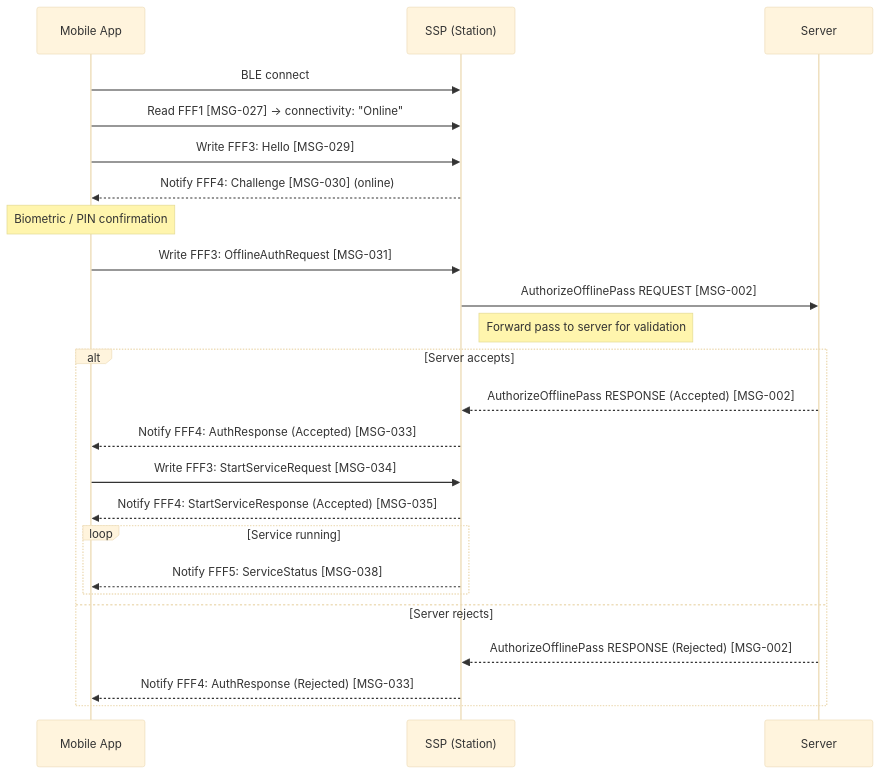
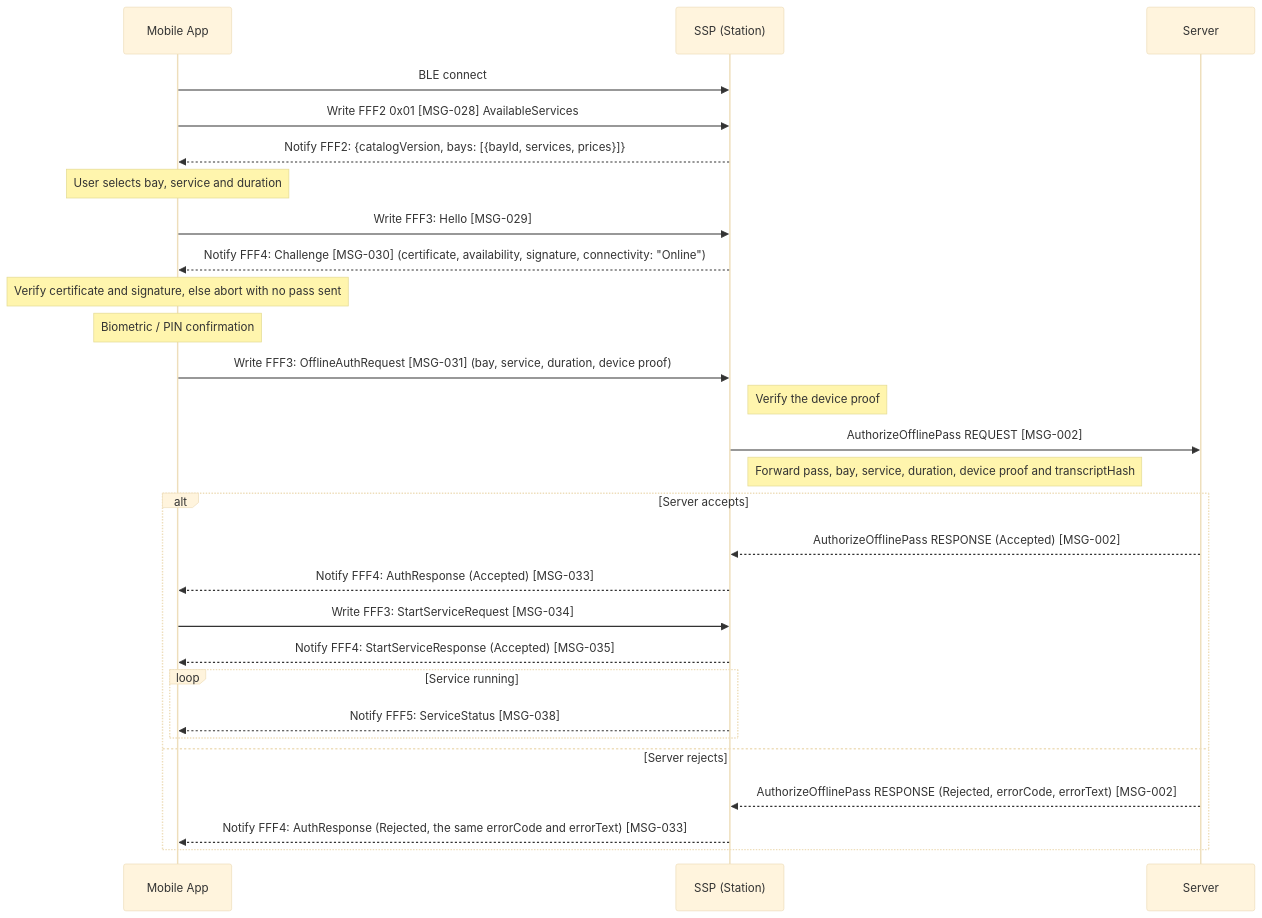
One commit to ospp-org/spec changed the seventh of 19 diagrams in spec/04-flows.md. Above: the diagram before and after it, drawn with Mermaid (base theme). The commit also changed other lines of this file and 183 other files, not shown here.

````diff
--- a/spec/04-flows.md
+++ b/spec/04-flows.md
@@ -938,33 +931,37 @@
 ```mermaid
 sequenceDiagram
     participant App as Mobile App
     participant SSP as SSP (Station)
     participant Server
 
     App->>SSP: BLE connect
-    App->>SSP: Read FFF1 [MSG-027] → connectivity: "Online"
+    App->>SSP: Write FFF2 0x01 [MSG-028] AvailableServices
+    SSP-->>App: Notify FFF2: {catalogVersion, bays: [{bayId, services, prices}]}
+    Note over App: User selects bay, service and duration
     App->>SSP: Write FFF3: Hello [MSG-029]
-    SSP-->>App: Notify FFF4: Challenge [MSG-030] (online)
+    SSP-->>App: Notify FFF4: Challenge [MSG-030] (certificate, availability, signature, connectivity: "Online")
+    Note over App: Verify certificate and signature, else abort with no pass sent
 
     Note over App: Biometric / PIN confirmation
 
-    App->>SSP: Write FFF3: OfflineAuthRequest [MSG-031]
+    App->>SSP: Write FFF3: OfflineAuthRequest [MSG-031] (bay, service, duration, device proof)
+    Note right of SSP: Verify the device proof
 
     SSP->>Server: AuthorizeOfflinePass REQUEST [MSG-002]
-    Note right of SSP: Forward pass to server for validation
+    Note right of SSP: Forward pass, bay, service, duration, device proof and transcriptHash
 
     alt Server accepts
         Server-->>SSP: AuthorizeOfflinePass RESPONSE (Accepted) [MSG-002]
         SSP-->>App: Notify FFF4: AuthResponse (Accepted) [MSG-033]
         App->>SSP: Write FFF3: StartServiceRequest [MSG-034]
         SSP-->>App: Notify FFF4: StartServiceResponse (Accepted) [MSG-035]
 
         loop Service running
             SSP-->>App: Notify FFF5: ServiceStatus [MSG-038]
         end
 
     else Server rejects
-        Server-->>SSP: AuthorizeOfflinePass RESPONSE (Rejected) [MSG-002]
-        SSP-->>App: Notify FFF4: AuthResponse (Rejected) [MSG-033]
+        Server-->>SSP: AuthorizeOfflinePass RESPONSE (Rejected, errorCode, errorText) [MSG-002]
+        SSP-->>App: Notify FFF4: AuthResponse (Rejected, the same errorCode and errorText) [MSG-033]
     end
 ```
````
